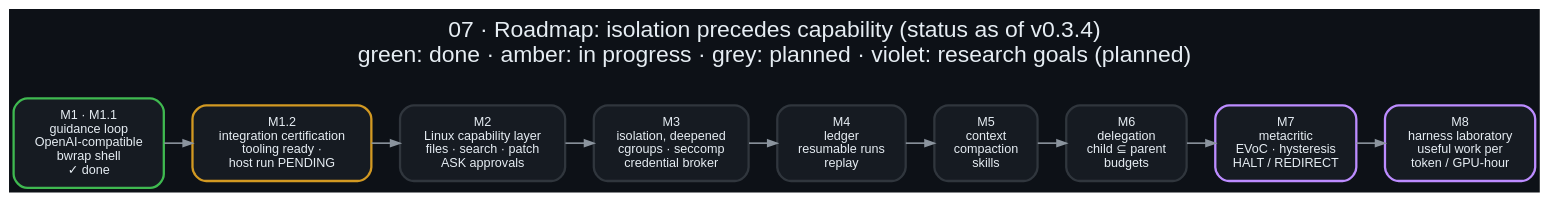
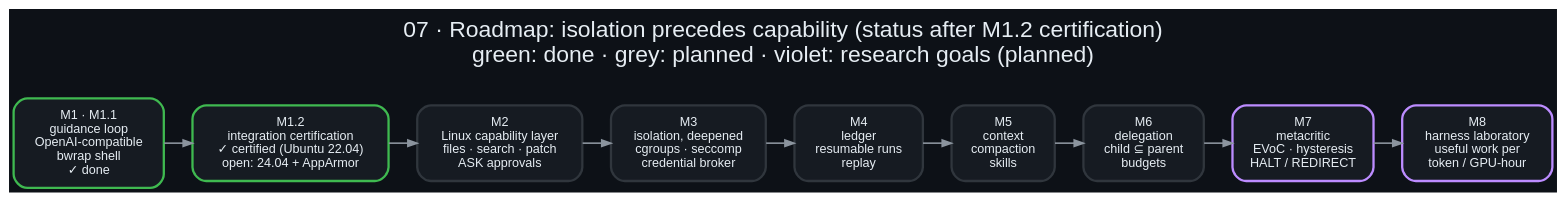
The diagram in docs/diagrams/07_roadmap.dot (danindiana/malyutka), drawn with Graphviz before and after one commit. The commit also changed 5 other files, not shown here.

First line of the commit message:
M1.2 certified on a real host (Ubuntu 22.04, Nim 2.2.12, qwen3.5:27b)

```diff
--- a/docs/diagrams/07_roadmap.dot
+++ b/docs/diagrams/07_roadmap.dot
@@ -1,18 +1,18 @@
 digraph roadmap {
     graph [bgcolor="#0d1117", rankdir=LR, fontname="Helvetica", fontcolor="#e6edf3", labelloc="t", fontsize=20,
-           label="07 · Roadmap: isolation precedes capability (status as of v0.3.4)\ngreen: done · amber: in progress · grey: planned · violet: research goals (planned)\n ", nodesep=0.25, ranksep=0.35];
+           label="07 · Roadmap: isolation precedes capability (status after M1.2 certification)\ngreen: done · grey: planned · violet: research goals (planned)\n ", nodesep=0.25, ranksep=0.35];
     node  [fontname="Helvetica", fontcolor="#e6edf3", color="#30363d", style="filled,rounded", shape=box, penwidth=2,
            margin="0.18,0.12", fillcolor="#161b22", fontsize=11];
     edge  [color="#8b949e", penwidth=1.4, arrowsize=0.8];
 
     m1  [label="M1 · M1.1\nguidance loop\nOpenAI-compatible\nbwrap shell\n✓ done", color="#3fb950"];
-    m12 [label="M1.2\nintegration certification\ntooling ready ·\nhost run PENDING", color="#d29922"];
+    m12 [label="M1.2\nintegration certification\n✓ certified (Ubuntu 22.04)\nopen: 24.04 + AppArmor", color="#3fb950"];
     m2  [label="M2\nLinux capability layer\nfiles · search · patch\nASK approvals", color="#30363d"];
     m3  [label="M3\nisolation, deepened\ncgroups · seccomp\ncredential broker", color="#30363d"];
     m4  [label="M4\nledger\nresumable runs\nreplay", color="#30363d"];
     m5  [label="M5\ncontext\ncompaction\nskills", color="#30363d"];
     m6  [label="M6\ndelegation\nchild ⊆ parent\nbudgets", color="#30363d"];
     m7  [label="M7\nmetacritic\nEVoC · hysteresis\nHALT / REDIRECT", color="#bc8cff"];
     m8  [label="M8\nharness laboratory\nuseful work per\ntoken / GPU-hour", color="#bc8cff"];
     m1 -> m12 -> m2 -> m3 -> m4 -> m5 -> m6 -> m7 -> m8;
 }
```
